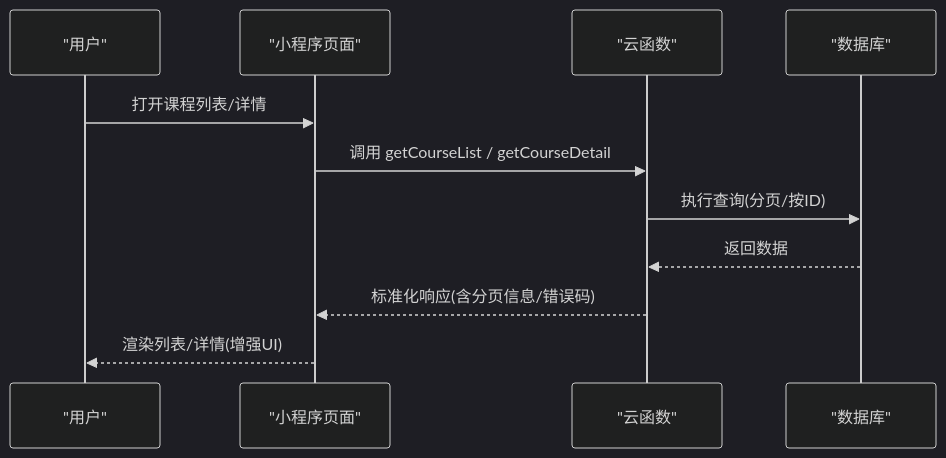
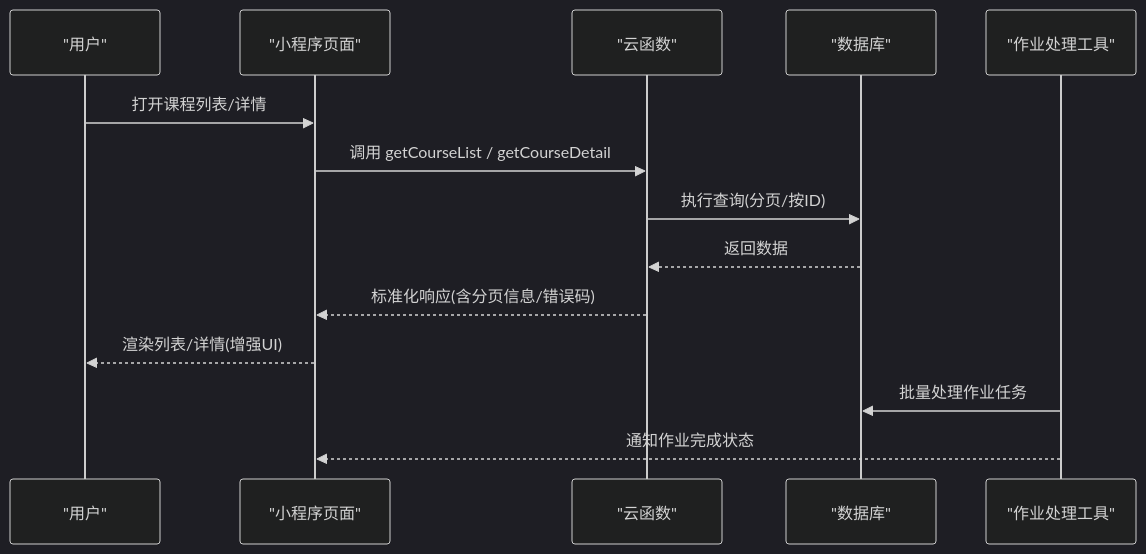
The second of 6 diagrams in .qoder/repowiki/zh/content/核心功能模块/课程学习系统/课程管理模块.md (cwb7756/bio), drawn with Mermaid (dark theme) before and after one commit. The commit also changed other lines of this file and 35 other files, not shown here.

````diff
--- a/.qoder/repowiki/zh/content/核心功能模块/课程学习系统/课程管理模块.md
+++ b/.qoder/repowiki/zh/content/核心功能模块/课程学习系统/课程管理模块.md
@@ -103,13 +114,16 @@
 ```mermaid
 sequenceDiagram
 participant U as "用户"
 participant P as "小程序页面"
 participant CF as "云函数"
 participant DB as "数据库"
+participant J as "作业处理工具"
 U->>P : 打开课程列表/详情
 P->>CF : 调用 getCourseList / getCourseDetail
 CF->>DB : 执行查询(分页/按ID)
 DB-->>CF : 返回数据
 CF-->>P : 标准化响应(含分页信息/错误码)
 P-->>U : 渲染列表/详情(增强UI)
+J->>DB : 批量处理作业任务
+J-->>P : 通知作业完成状态
 ```
````
